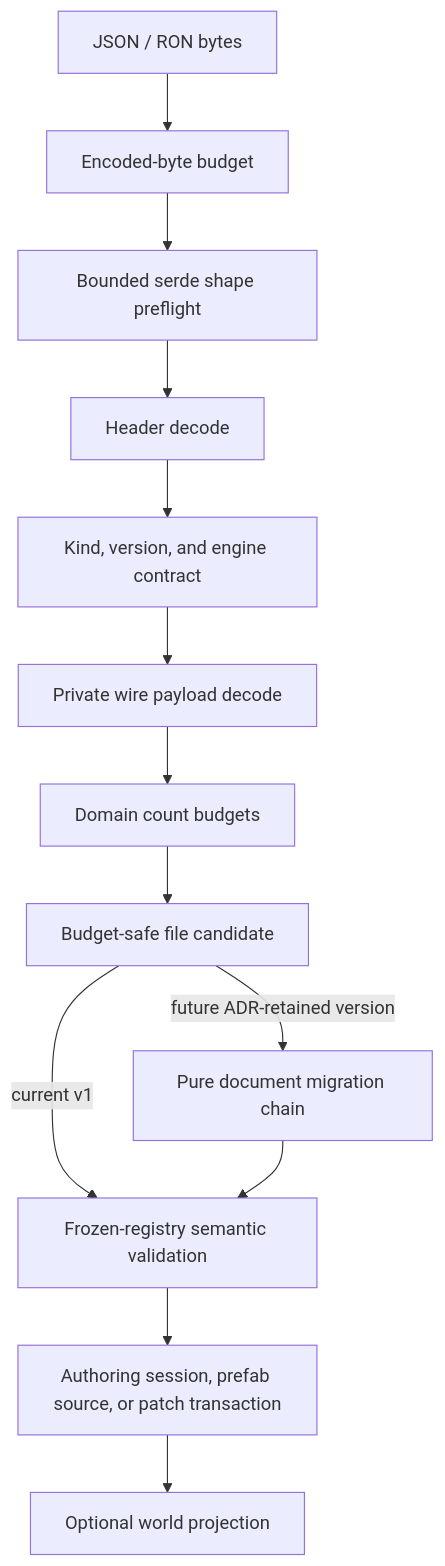
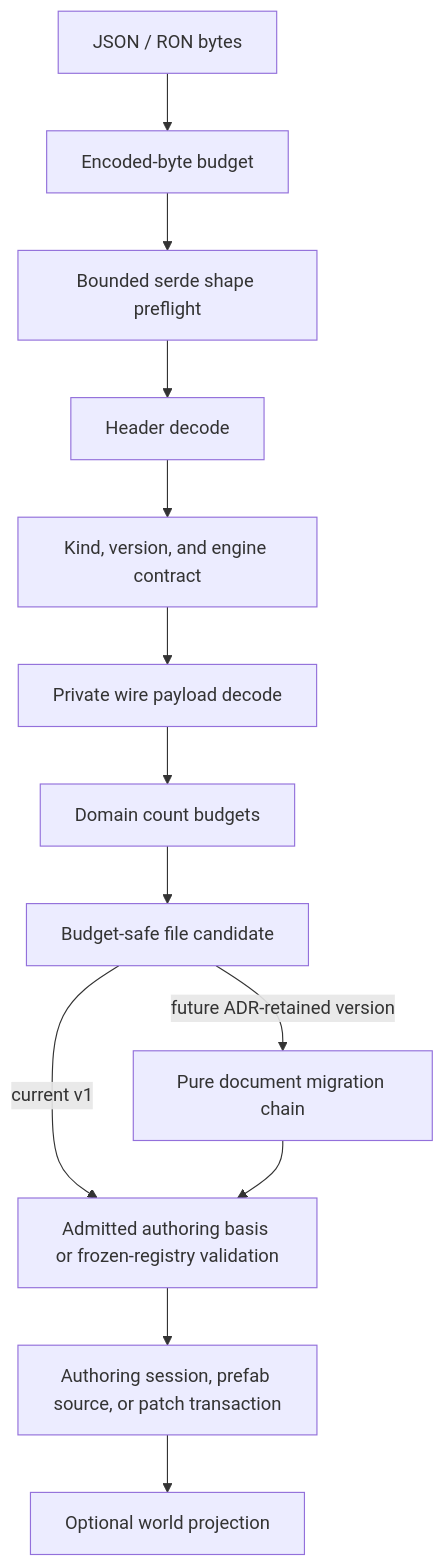
One commit to Latias94/nara changed the diagram in docs/architecture/adr/0043-scene-prefab-and-patch-document-migration-policy.md. Above: the diagram before and after it, drawn with Mermaid. The commit also changed other lines of this file and 165 other files, not shown here.

````diff
--- a/docs/architecture/adr/0043-scene-prefab-and-patch-document-migration-policy.md
+++ b/docs/architecture/adr/0043-scene-prefab-and-patch-document-migration-policy.md
@@ -36,15 +37,15 @@
 ```mermaid
 flowchart TD
     Bytes[JSON / RON bytes] --> ByteBudget[Encoded-byte budget]
     ByteBudget --> Shape[Bounded serde shape preflight]
     Shape --> Header[Header decode]
     Header --> Contract[Kind, version, and engine contract]
     Contract --> Payload[Private wire payload decode]
     Payload --> Counts[Domain count budgets]
     Counts --> Candidate[Budget-safe file candidate]
-    Candidate -->|current v1| Validate[Frozen-registry semantic validation]
+    Candidate -->|current v1| Validate[Admitted authoring basis or frozen-registry validation]
     Candidate -->|future ADR-retained version| DocMig[Pure document migration chain]
     DocMig --> Validate
     Validate --> Publish[Authoring session, prefab source, or patch transaction]
     Publish --> World[Optional world projection]
 ```
````
